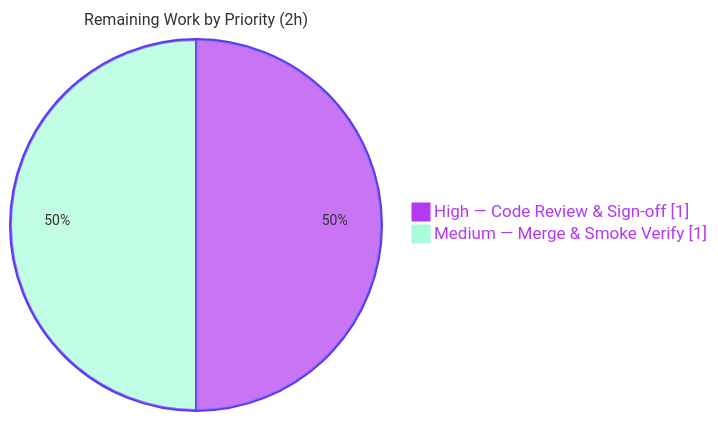
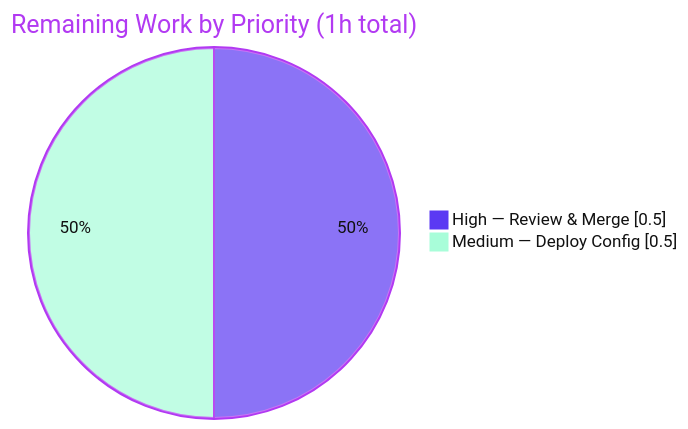
Before and after one commit to Sandeep02Kumar02/12-dec-existing-projects-qa-test-2: the third of 3 diagrams in blitzy/documentation/Project Guide.md, drawn with Mermaid. The commit also changed other lines of this file, not shown here.

Commit message:
Adding Blitzy Project Guide: Project Status and Human Tasks Remaining

````diff
--- a/blitzy/documentation/Project Guide.md
+++ b/blitzy/documentation/Project Guide.md
@@ -191,6 +192,6 @@
 ```mermaid
-%%{init: {'theme':'base', 'themeVariables': {'pie1':'#B23AF2','pie2':'#A8FDD9','pieStrokeColor':'#5B39F3','pieOuterStrokeColor':'#5B39F3','pieStrokeWidth':'2px','pieTitleTextSize':'16px','pieSectionTextSize':'14px','pieLegendTextColor':'#B23AF2'}}}%%
-pie showData title Remaining Work by Priority (2h)
-    "High — Code Review & Sign-off" : 1
-    "Medium — Merge & Smoke Verify" : 1
+%%{init: {'theme':'base','themeVariables':{'pie1':'#5B39F3','pie2':'#A8FDD9','pieStrokeColor':'#B23AF2','pieOuterStrokeColor':'#B23AF2','pieTitleTextColor':'#B23AF2','pieSectionTextColor':'#111111','pieLegendTextColor':'#111111'}}}%%
+pie showData title Remaining Work by Priority (1h total)
+    "High — Review & Merge" : 0.5
+    "Medium — Deploy Config" : 0.5
 ```
````
